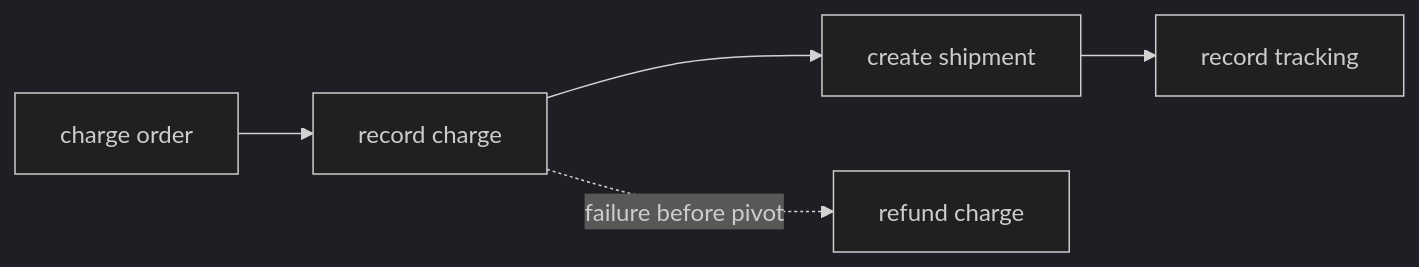
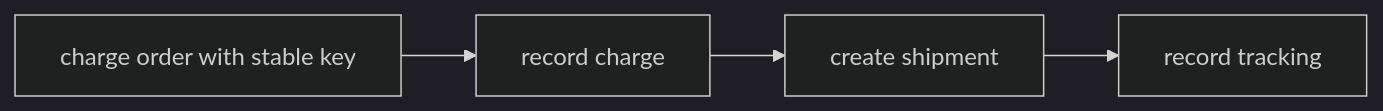
One commit to vedhlabs/sdk-examples changed the diagram in docs/checkout.md. Above: the diagram before and after it, drawn with Mermaid (dark theme). The commit also changed other lines of this file and 2 other files, not shown here.

Commit message:
Align checkout pivot with payment semantics

````diff
--- a/docs/checkout.md
+++ b/docs/checkout.md
@@ -16,7 +17,6 @@
 ```mermaid
 flowchart LR
-    A[charge order] --> B[record charge]
+    A[charge order with stable key] --> B[record charge]
     B --> C[create shipment]
     C --> D[record tracking]
-    B -. failure before pivot .-> R[refund charge]
 ```
````
